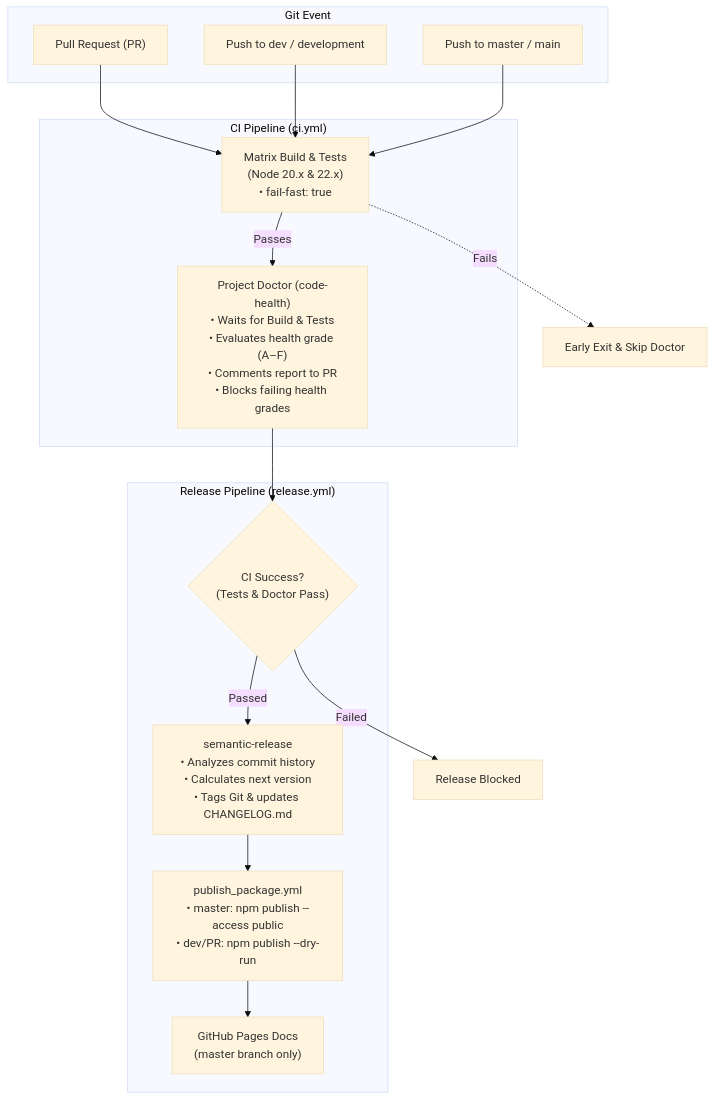
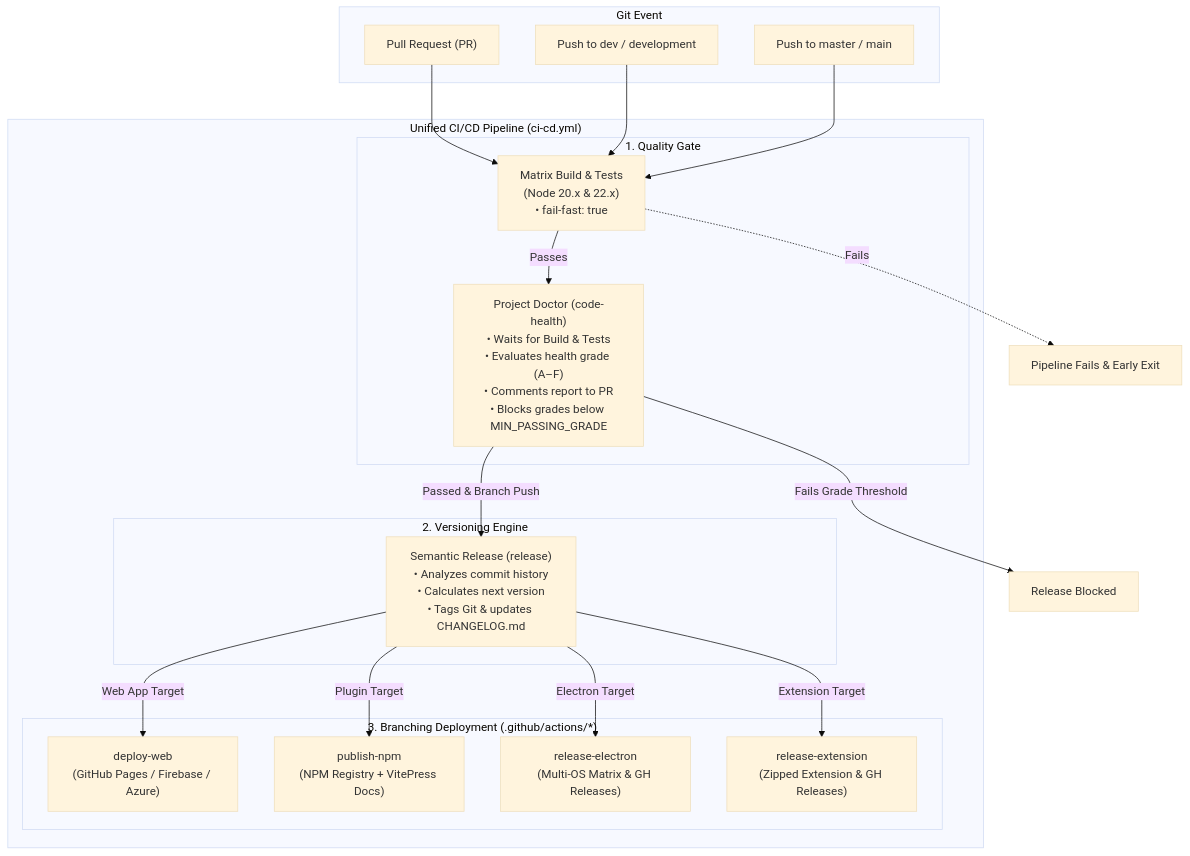
Before and after one commit to TomGreener91/Vue_Template_Project: the diagram in .supporting_docs/RELEASE_PROCESS.md, drawn with Mermaid (base theme). The commit also changed other lines of this file and 19 other files, not shown here.

````diff
--- a/.supporting_docs/RELEASE_PROCESS.md
+++ b/.supporting_docs/RELEASE_PROCESS.md
@@ -9,35 +9,41 @@
 ```mermaid
 flowchart TD
     subgraph Trigger["Git Event"]
         PR["Pull Request (PR)"]
         PushDev["Push to dev / development"]
         PushMaster["Push to master / main"]
     end
 
-    subgraph CI["CI Pipeline (ci.yml)"]
-        BuildTest["Matrix Build & Tests<br/>(Node 20.x & 22.x)<br/>• fail-fast: true"]
-        Doctor["Project Doctor (code-health)<br/>• Waits for Build & Tests<br/>• Evaluates health grade (A–F)<br/>• Comments report to PR<br/>• Blocks failing health grades"]
-    end
+    subgraph Pipeline["Unified CI/CD Pipeline (ci-cd.yml)"]
+        subgraph Gatekeeper["1. Quality Gate"]
+            BuildTest["Matrix Build & Tests<br/>(Node 20.x & 22.x)<br/>• fail-fast: true"]
+            Doctor["Project Doctor (code-health)<br/>• Waits for Build & Tests<br/>• Evaluates health grade (A–F)<br/>• Comments report to PR<br/>• Blocks grades below MIN_PASSING_GRADE"]
+        end
 
-    subgraph Release["Release Pipeline (release.yml)"]
-        Gate{"CI Success?<br/>(Tests & Doctor Pass)"}
-        Semantic["semantic-release<br/>• Analyzes commit history<br/>• Calculates next version<br/>• Tags Git & updates CHANGELOG.md"]
-        PublishNPM["publish_package.yml<br/>• master: npm publish --access public<br/>• dev/PR: npm publish --dry-run"]
-        DeployDocs["GitHub Pages Docs<br/>(master branch only)"]
+        subgraph Versioning["2. Versioning Engine"]
+            Semantic["Semantic Release (release)<br/>• Analyzes commit history<br/>• Calculates next version<br/>• Tags Git & updates CHANGELOG.md"]
+        end
+
+        subgraph Deployment["3. Branching Deployment (.github/actions/*)"]
+            DeployWeb["deploy-web<br/>(GitHub Pages / Firebase / Azure)"]
+            PublishNPM["publish-npm<br/>(NPM Registry + VitePress Docs)"]
+            ReleaseElec["release-electron<br/>(Multi-OS Matrix & GH Releases)"]
+            ReleaseExt["release-extension<br/>(Zipped Extension & GH Releases)"]
+        end
     end
 
     PR --> BuildTest
     PushDev --> BuildTest
     PushMaster --> BuildTest
-    
+
     BuildTest -->|Passes| Doctor
-    BuildTest -.->|Fails| EarlyExit[Early Exit & Skip Doctor]
-    
-    Doctor --> Gate
-    
-    Gate -->|Passed| Semantic
-    Gate -->|Failed| Stop[Release Blocked]
-    
-    Semantic --> PublishNPM
-    PublishNPM --> DeployDocs
+    BuildTest -.->|Fails| FailCI[Pipeline Fails & Early Exit]
+
+    Doctor -->|Fails Grade Threshold| FailGate[Release Blocked]
+    Doctor -->|Passed & Branch Push| Semantic
+
+    Semantic -->|Web App Target| DeployWeb
+    Semantic -->|Plugin Target| PublishNPM
+    Semantic -->|Electron Target| ReleaseElec
+    Semantic -->|Extension Target| ReleaseExt
 ```
````
